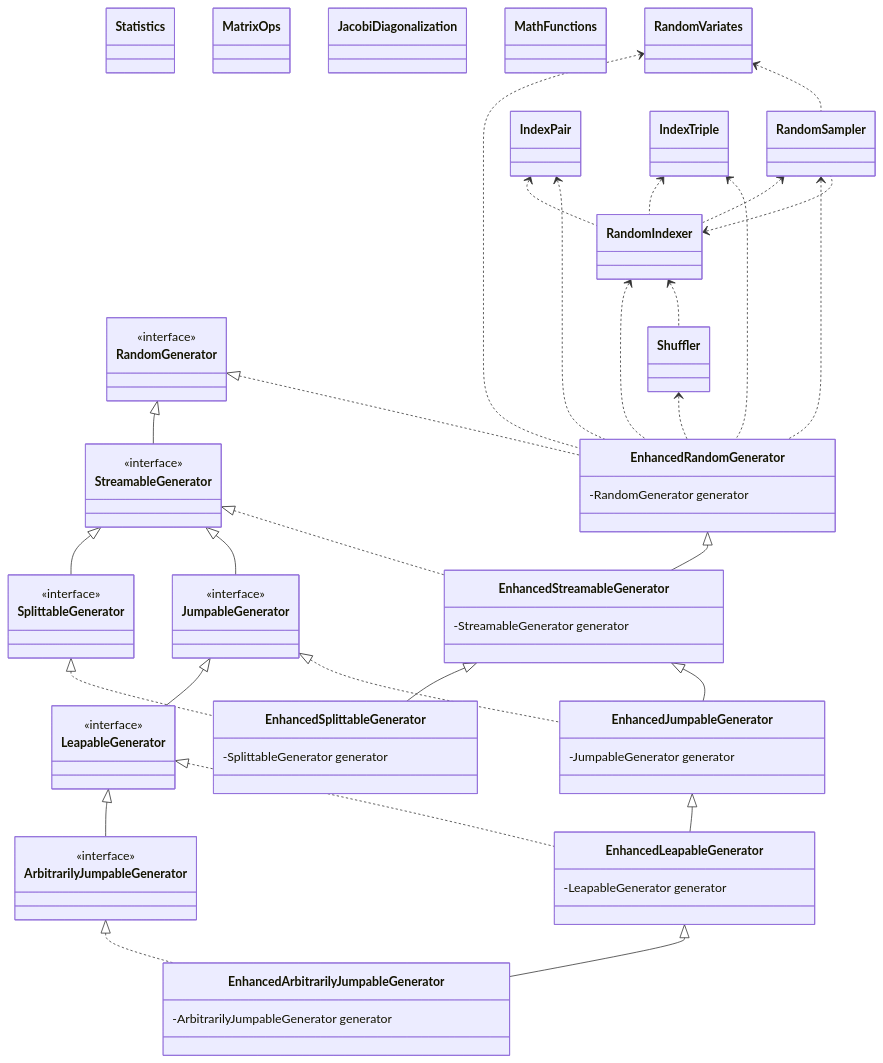
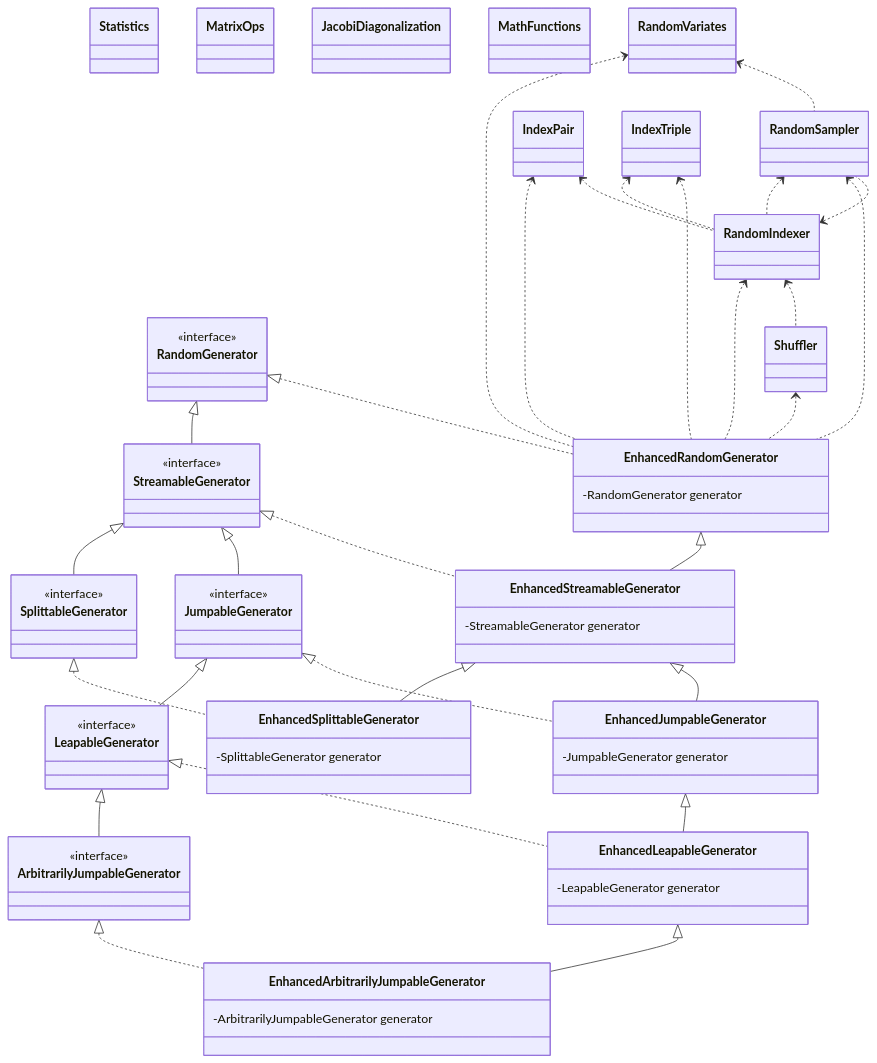
Before and after one commit to cicirello/rho-mu: the diagram in README.md, drawn with Mermaid. The commit also changed other lines of this file, not shown here.

Commit message:
fix UML diagram

```diff
--- a/README.md
+++ b/README.md
@@ -125,9 +125,9 @@
   RandomVariates <.. RandomSampler
   class IndexPair
   class IndexTriple
+  IndexPair <.. EnhancedRandomGenerator
   IndexPair <.. RandomIndexer
   IndexTriple <.. RandomIndexer
-  IndexPair <.. EnhancedRandomGenerator
   IndexTriple <.. EnhancedRandomGenerator
   class EnhancedStreamableGenerator
   EnhancedStreamableGenerator : -StreamableGenerator generator
```
